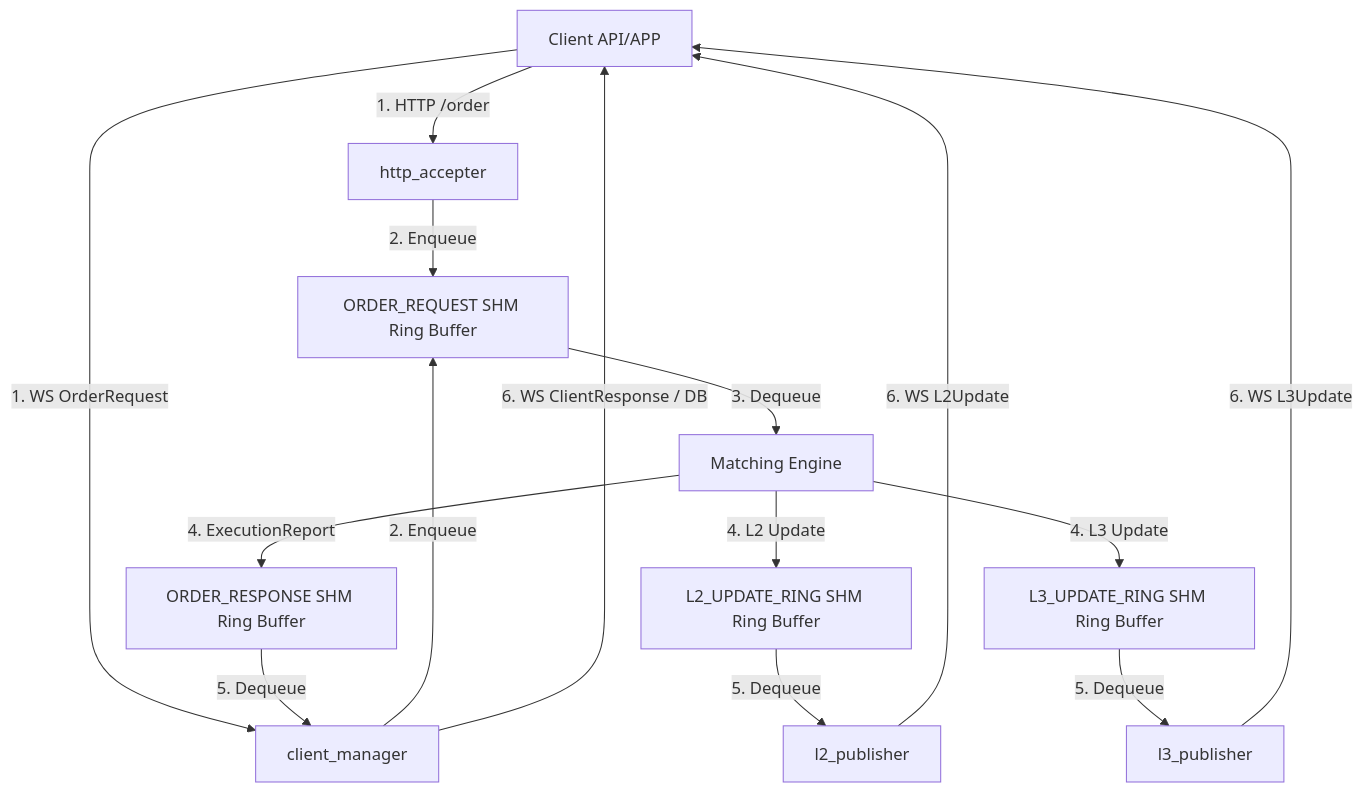
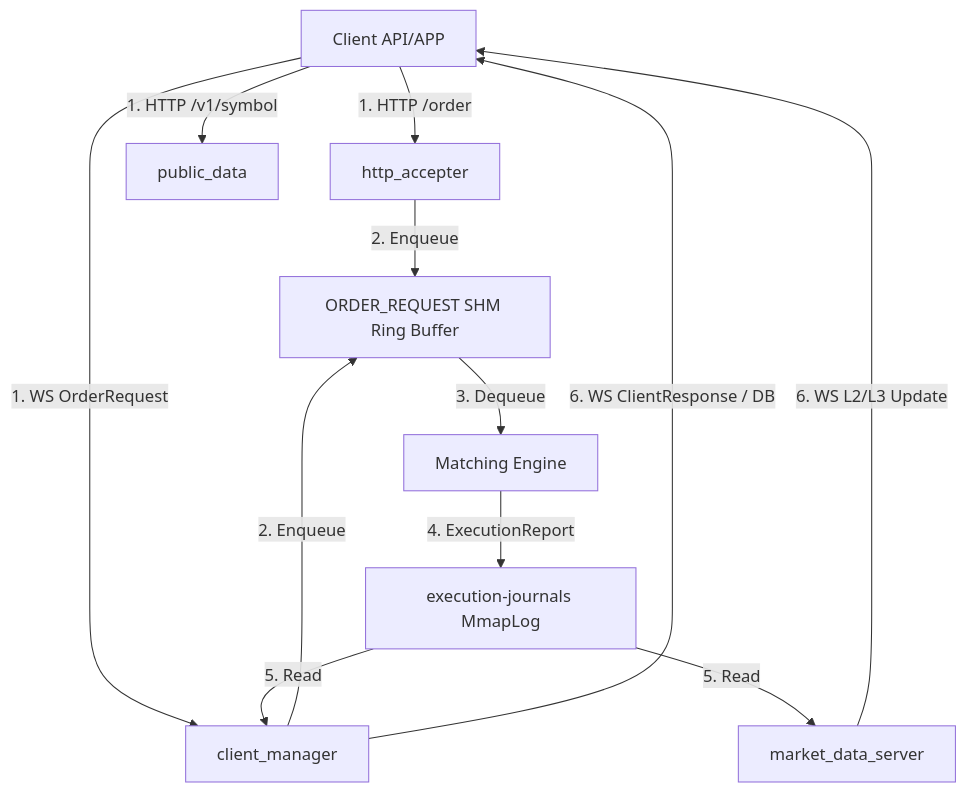
One commit to harvey-euph/Electronic-Exchange-Simulator changed the second of 4 diagrams in README.md. Above: the diagram before and after it, drawn with Mermaid. The commit also changed other lines of this file, not shown here.

````diff
--- a/README.md
+++ b/README.md
@@ -61,22 +61,18 @@
 ```mermaid
 graph TD
     Client[Client API/APP] -->|1. HTTP /order| HTTP[http_accepter]
     Client -->|1. WS OrderRequest| CM[client_manager]
+    Client -->|1. HTTP /v1/symbol| PD[public_data]
     
     HTTP -->|2. Enqueue| RB_REQ[ORDER_REQUEST SHM Ring Buffer]
     CM -->|2. Enqueue| RB_REQ
     
     RB_REQ -->|3. Dequeue| OC[Matching Engine]
-    OC -->|4. ExecutionReport| RB_RESP[ORDER_RESPONSE SHM Ring Buffer]
-    OC -->|4. L2 Update| RB_L2[L2_UPDATE_RING SHM Ring Buffer]
-    OC -->|4. L3 Update| RB_L3[L3_UPDATE_RING SHM Ring Buffer]
+    OC -->|4. ExecutionReport| MMAP_LOG[execution-journals MmapLog]
     
-    RB_RESP -->|5. Dequeue| CM
+    MMAP_LOG -->|5. Read| CM
     CM -->|6. WS ClientResponse / DB| Client
     
-    RB_L2 -->|5. Dequeue| L2P[l2_publisher]
-    L2P -->|6. WS L2Update| Client
-    
-    RB_L3 -->|5. Dequeue| L3P[l3_publisher]
-    L3P -->|6. WS L3Update| Client
+    MMAP_LOG -->|5. Read| MDS[market_data_server]
+    MDS -->|6. WS L2/L3 Update| Client
 ```
````
